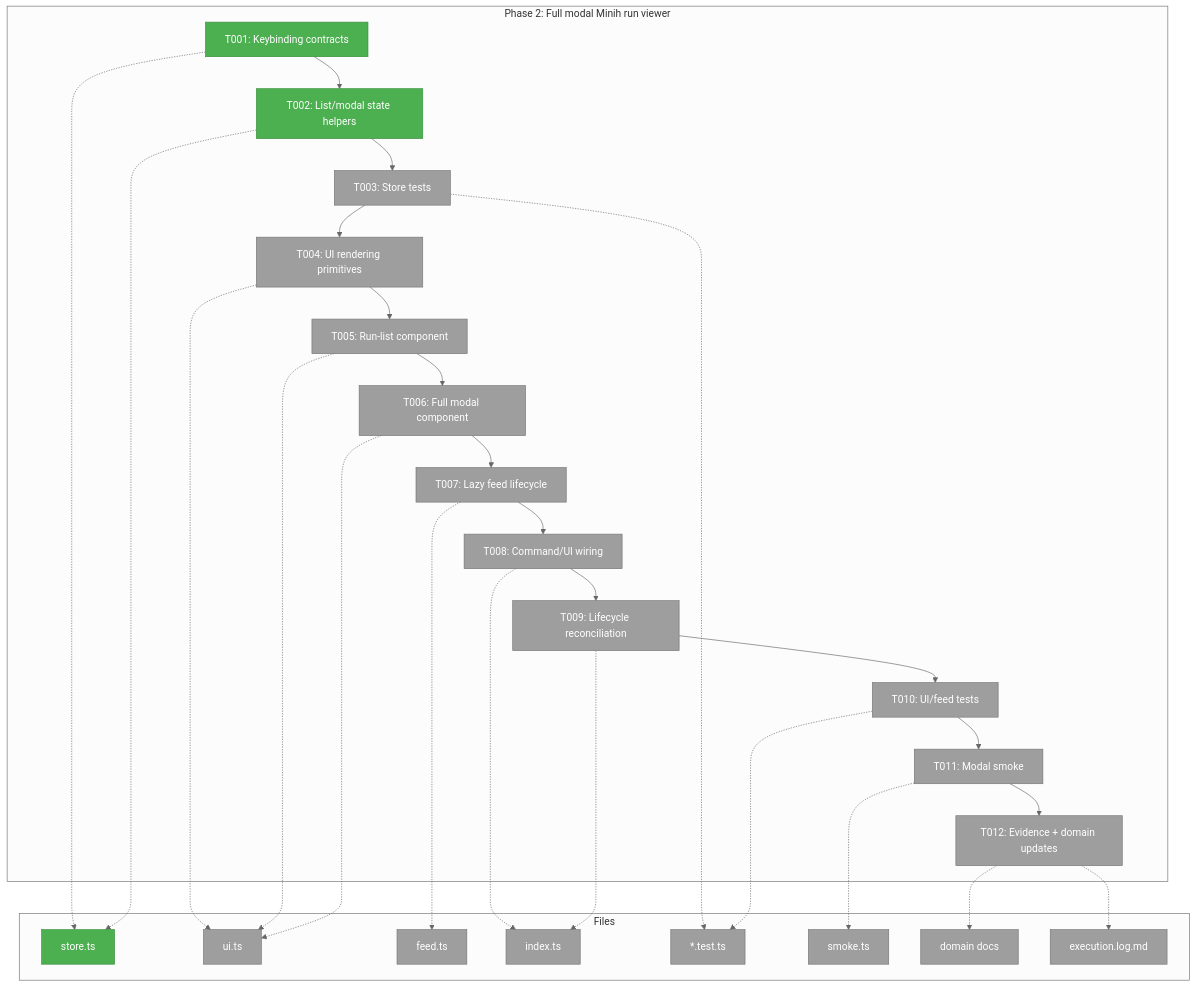
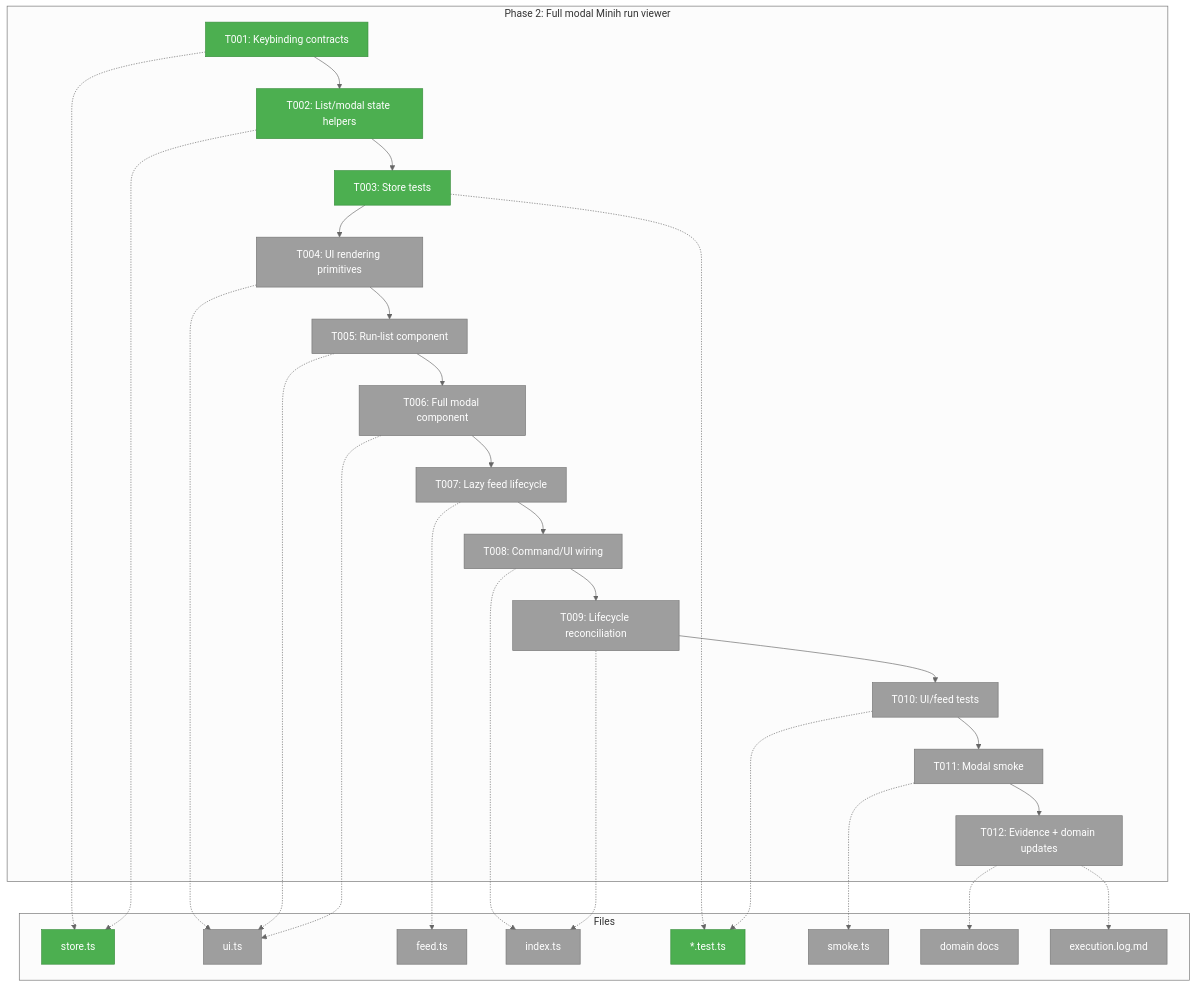
The first of 3 diagrams in docs/plans/007-options-for-pi-extensions-that-do-subagents/tasks/phase-2-full-modal-minih-run-viewer/tasks.md (vaughanknight/pij), drawn with Mermaid (neutral theme) before and after one commit. The commit also changed other lines of this file and 3 other files, not shown here.

````diff
--- a/docs/plans/007-options-for-pi-extensions-that-do-subagents/tasks/phase-2-full-modal-minih-run-viewer/tasks.md
+++ b/docs/plans/007-options-for-pi-extensions-that-do-subagents/tasks/phase-2-full-modal-minih-run-viewer/tasks.md
@@ -135,47 +135,47 @@
 ```mermaid
 flowchart TD
     classDef pending fill:#9E9E9E,stroke:#757575,color:#fff
     classDef inprogress fill:#FFC107,stroke:#FFA000,color:#000
     classDef completed fill:#4CAF50,stroke:#388E3C,color:#fff
 
     subgraph Phase["Phase 2: Full modal Minih run viewer"]
         T001["T001: Keybinding contracts"]:::completed
         T002["T002: List/modal state helpers"]:::completed
-        T003["T003: Store tests"]:::pending
+        T003["T003: Store tests"]:::completed
         T004["T004: UI rendering primitives"]:::pending
         T005["T005: Run-list component"]:::pending
         T006["T006: Full modal component"]:::pending
         T007["T007: Lazy feed lifecycle"]:::pending
         T008["T008: Command/UI wiring"]:::pending
         T009["T009: Lifecycle reconciliation"]:::pending
         T010["T010: UI/feed tests"]:::pending
         T011["T011: Modal smoke"]:::pending
         T012["T012: Evidence + domain updates"]:::pending
         T001 --> T002 --> T003 --> T004 --> T005 --> T006 --> T007 --> T008 --> T009 --> T010 --> T011 --> T012
     end
 
     subgraph Files["Files"]
         F1["store.ts"]:::completed
         F2["ui.ts"]:::pending
         F3["feed.ts"]:::pending
         F4["index.ts"]:::pending
-        F5["*.test.ts"]:::pending
+        F5["*.test.ts"]:::completed
         F6["smoke.ts"]:::pending
         F7["domain docs"]:::pending
         F8["execution.log.md"]:::pending
     end
 
     T001 -.-> F1
     T002 -.-> F1
     T003 -.-> F5
     T004 -.-> F2
     T005 -.-> F2
     T006 -.-> F2
     T007 -.-> F3
     T008 -.-> F4
     T009 -.-> F4
     T010 -.-> F5
     T011 -.-> F6
     T012 -.-> F7
     T012 -.-> F8
 ```
````
